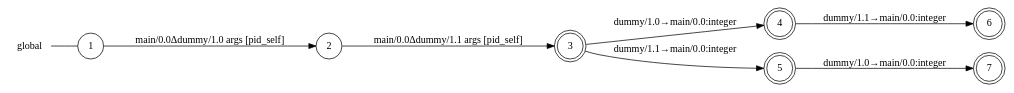
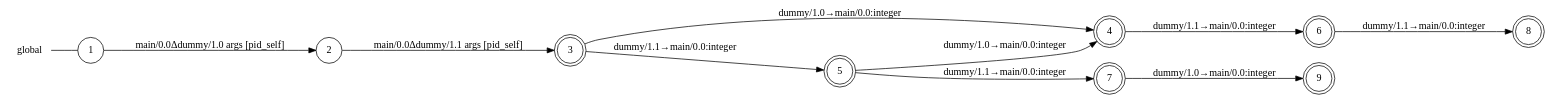
Before and after one commit to gabrielegenovese/chorer: the diagram in examples/forloop/global_view.dot, drawn with Graphviz. The commit also changed 203 other files, not shown here.

```diff
--- a/examples/forloop/global_view.dot
+++ b/examples/forloop/global_view.dot
@@ -1,19 +1,24 @@
 digraph global {
 	rankdir="LR";
 	n_0 [label="global", shape="plaintext"];
-	n_1 [id="1", shape=circle, label="1"];
-	n_0 -> n_1 [arrowhead=none];
-	n_2 [id="7", shape=doublecircle, label="7"];
-	n_3 [id="4", shape=doublecircle, label="4"];
-	n_4 [id="6", shape=doublecircle, label="6"];
-	n_5 [id="3", shape=doublecircle, label="3"];
-	n_6 [id="2", shape=circle, label="2"];
-	n_7 [id="5", shape=doublecircle, label="5"];
+	n_1 [id="9", shape=doublecircle, label="9"];
+	n_2 [id="4", shape=doublecircle, label="4"];
+	n_3 [id="3", shape=doublecircle, label="3"];
+	n_4 [id="2", shape=circle, label="2"];
+	n_5 [id="5", shape=doublecircle, label="5"];
+	n_6 [id="8", shape=doublecircle, label="8"];
+	n_7 [id="1", shape=circle, label="1"];
+	n_0 -> n_7 [arrowhead=none];
+	n_8 [id="7", shape=doublecircle, label="7"];
+	n_9 [id="6", shape=doublecircle, label="6"];
 
-	n_3 -> n_4 [id="[$e|4]", label="dummy/1.1→main/0.0:integer"];
-	n_7 -> n_2 [id="[$e|5]", label="dummy/1.0→main/0.0:integer"];
-	n_1 -> n_6 [id="[$e|0]", label="main/0.0Δdummy/1.0 args [pid_self]"];
-	n_5 -> n_7 [id="[$e|3]", label="dummy/1.1→main/0.0:integer"];
-	n_6 -> n_5 [id="[$e|1]", label="main/0.0Δdummy/1.1 args [pid_self]"];
-	n_5 -> n_3 [id="[$e|2]", label="dummy/1.0→main/0.0:integer"];
+	n_3 -> n_2 [id="[$e|2]", label="dummy/1.0→main/0.0:integer"];
+	n_4 -> n_3 [id="[$e|1]", label="main/0.0Δdummy/1.1 args [pid_self]"];
+	n_7 -> n_4 [id="[$e|0]", label="main/0.0Δdummy/1.0 args [pid_self]"];
+	n_5 -> n_8 [id="[$e|6]", label="dummy/1.1→main/0.0:integer"];
+	n_9 -> n_6 [id="[$e|7]", label="dummy/1.1→main/0.0:integer"];
+	n_2 -> n_9 [id="[$e|4]", label="dummy/1.1→main/0.0:integer"];
+	n_3 -> n_5 [id="[$e|3]", label="dummy/1.1→main/0.0:integer"];
+	n_5 -> n_2 [id="[$e|5]", label="dummy/1.0→main/0.0:integer"];
+	n_8 -> n_1 [id="[$e|8]", label="dummy/1.0→main/0.0:integer"];
 }
```
